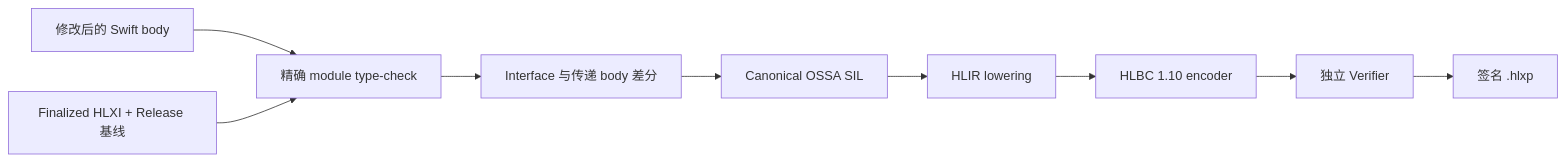
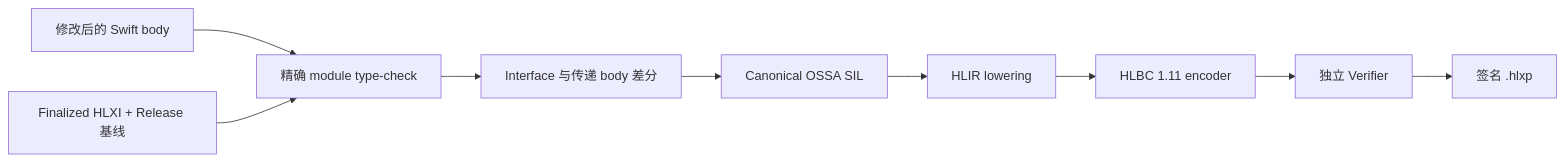
One commit to TangentW/Helix changed the first of 2 diagrams in Docs/Production-Hot-Patching.zh-CN.md. Above: the diagram before and after it, drawn with Mermaid. The commit also changed other lines of this file and 33 other files, not shown here.

````diff
--- a/Docs/Production-Hot-Patching.zh-CN.md
+++ b/Docs/Production-Hot-Patching.zh-CN.md
@@ -25,11 +25,11 @@
 ```mermaid
 flowchart LR
     E["修改后的 Swift body"] --> T["精确 module type-check"]
     A["Finalized HLXI + Release 基线"] --> T
     T --> D["Interface 与传递 body 差分"]
     D --> S["Canonical OSSA SIL"]
     S --> L["HLIR lowering"]
-    L --> B["HLBC 1.10 encoder"]
+    L --> B["HLBC 1.11 encoder"]
     B --> V["独立 Verifier"]
     V --> P["签名 .hlxp"]
 ```
````
